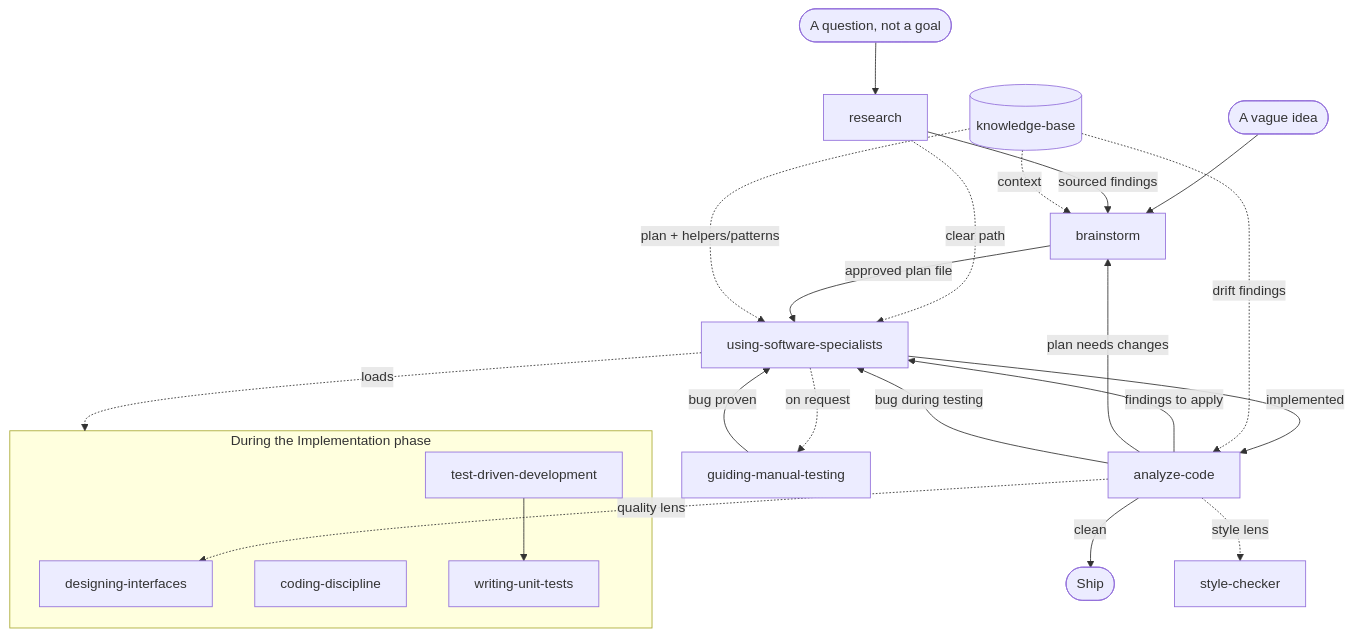
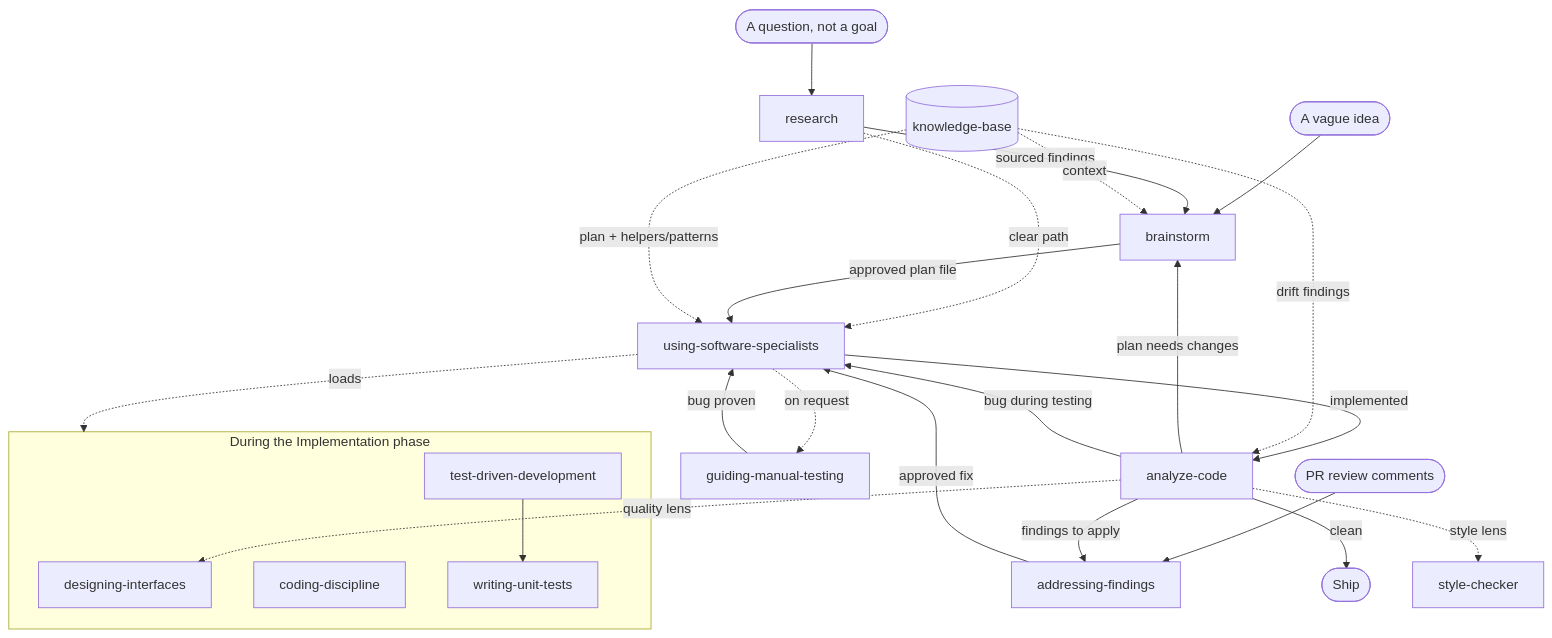
The diagram in README.md (jjmrocha/coding-skills), drawn with Mermaid before and after one commit. The commit also changed other lines of this file and 2 other files, not shown here.

Commit message:
Add addressing-findings skill to README and enhance its documentation in SKILL.md

````diff
--- a/README.md
+++ b/README.md
@@ -131,33 +134,35 @@
 ```mermaid
 flowchart TD
     Q([A question, not a goal]) --> RS[research]
     Idea([A vague idea]) --> BS[brainstorm]
+    PR([PR review comments]) --> AF[addressing-findings]
 
     RS -->|sourced findings| BS
     RS -.->|clear path| USS
 
     BS -->|approved plan file| USS[using-software-specialists]
     USS -->|implemented| AC[analyze-code]
 
-    AC -->|findings to apply| USS
+    AC -->|findings to apply| AF
+    AF -->|approved fix| USS
     AC -->|plan needs changes| BS
     AC -->|bug during testing| USS
     AC -->|clean| Ship([Ship])
 
     USS -.->|on request| GT[guiding-manual-testing]
     GT -->|bug proven| USS
 
     subgraph during [During the Implementation phase]
         DI[designing-interfaces]
         CD[coding-discipline]
         TDD[test-driven-development] --> WUT[writing-unit-tests]
     end
     USS -.loads.-> during
 
     KB[(knowledge-base)] -.->|context| BS
     KB -.->|plan + helpers/patterns| USS
     KB -.->|drift findings| AC
 
     AC -.->|style lens| SC[style-checker]
     AC -.->|quality lens| DI
 ```
````
